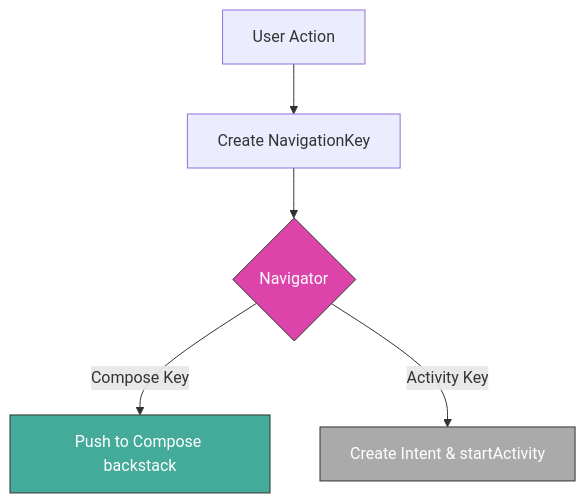
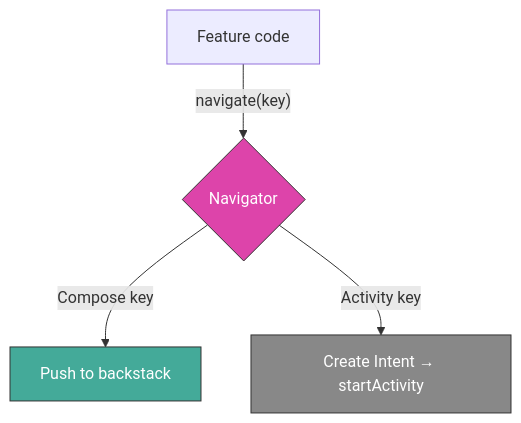
The diagram in _posts/2024-16-15-navigation-keys-solution.md (monday8am/monday8am.github.io), drawn with Mermaid before and after one commit. The commit also changed other lines of this file, not shown here.

Commit message:
Updating the navigation article

````diff
--- a/_posts/2024-16-15-navigation-keys-solution.md
+++ b/_posts/2024-16-15-navigation-keys-solution.md
@@ -78,11 +54,10 @@
 ```mermaid
 graph TD
-    A["User Action"] --> B["Create NavigationKey"]
-    B --> C{"Navigator"}
-    C -->|Compose Key| D["Push to Compose backstack"]
-    C -->|Activity Key| E["Create Intent & startActivity"]
+    A["Feature code"] -->|"navigate(key)"| N{"Navigator"}
+    N -->|Compose key| C["Push to backstack"]
+    N -->|Activity key| I["Create Intent → startActivity"]
     
-    style C fill:#d4a,stroke:#333,color:#fff
-    style D fill:#4a9,stroke:#333,color:#fff
-    style E fill:#aaa,stroke:#333,color:#fff
+    style N fill:#d4a,stroke:#333,color:#fff
+    style C fill:#4a9,stroke:#333,color:#fff
+    style I fill:#888,stroke:#333,color:#fff
 ```
````
